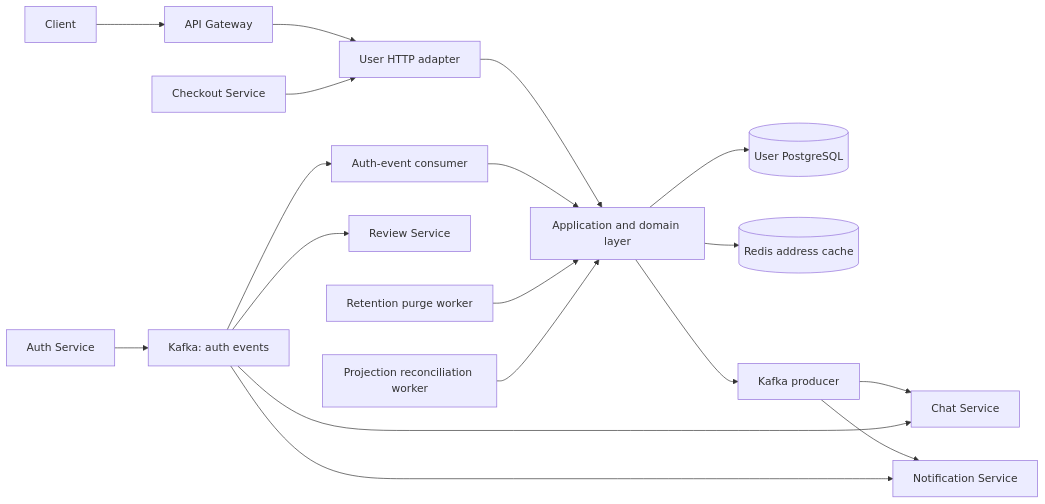
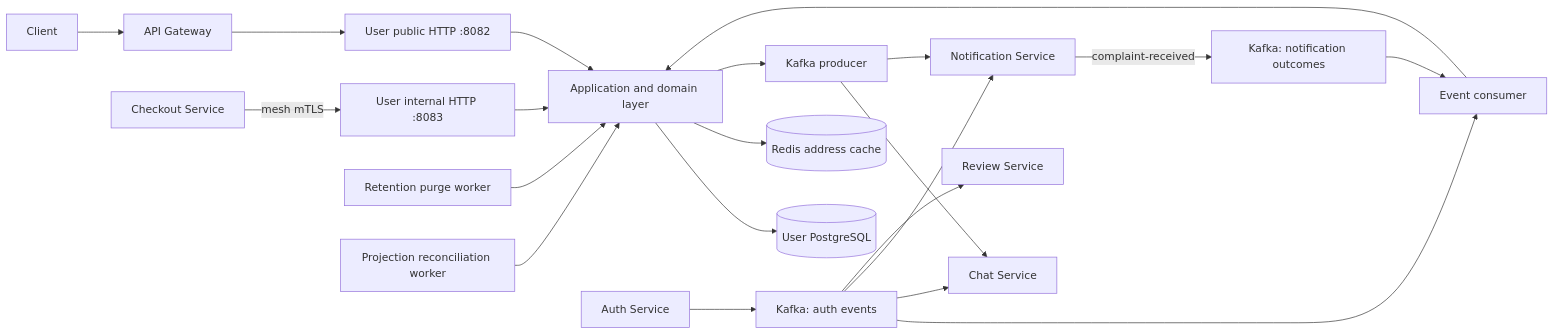
The diagram in docs/user/architecture.md (quangdung2110/e-commerce-microservices), drawn with Mermaid before and after one commit. The commit also changed other lines of this file and 73 other files, not shown here.

````diff
--- a/docs/user/architecture.md
+++ b/docs/user/architecture.md
@@ -25,20 +30,23 @@
 ```mermaid
 flowchart LR
   C[Client] --> G[API Gateway]
-  G --> H[User HTTP adapter]
-  CO[Checkout Service] --> H
+  G --> H[User public HTTP :8082]
+  CO[Checkout Service] -->|mesh mTLS| HI[User internal HTTP :8083]
   H --> A[Application and domain layer]
+  HI --> A
   A --> P[(User PostgreSQL)]
   A --> R[(Redis address cache)]
   A --> K[Kafka producer]
   K --> CH[Chat Service]
   K --> N[Notification Service]
   AU[Auth Service] --> KA[Kafka: auth events]
-  KA --> EC[Auth-event consumer]
+  KA --> EC[Event consumer]
   KA --> CH
   KA --> N
   KA --> RV[Review Service]
+  N -->|complaint-received| KN[Kafka: notification outcomes]
+  KN --> EC
   EC --> A
   W[Retention purge worker] --> A
   RC[Projection reconciliation worker] --> A
 ```
````
